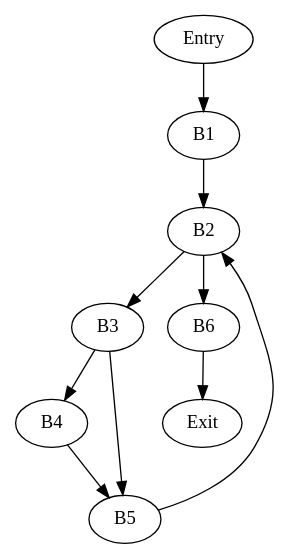
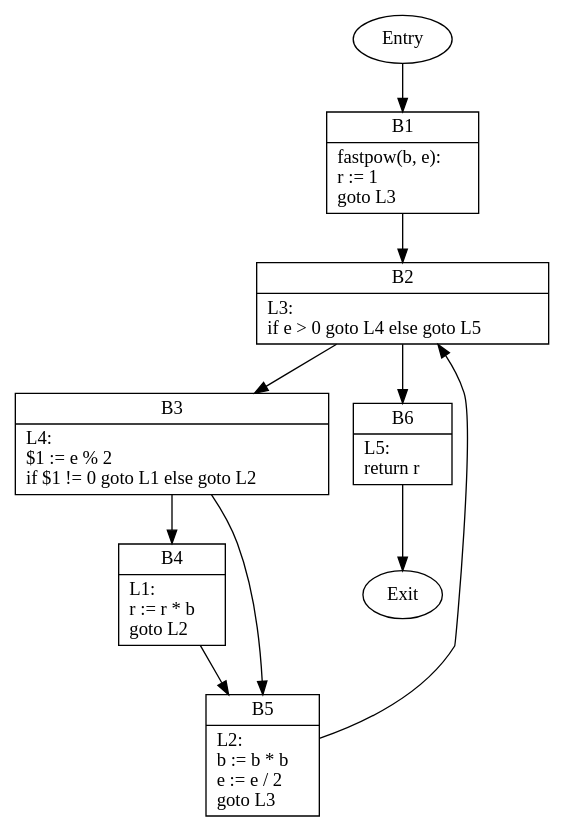
One commit to aprell/compiler-potpourri changed the diagram in control_flow/analysis/examples/fastpow_cfg.dot. Above: the diagram before and after it, drawn with Graphviz. The commit also changed 21 other files, not shown here.

```diff
--- a/control_flow/analysis/examples/fastpow_cfg.dot
+++ b/control_flow/analysis/examples/fastpow_cfg.dot
@@ -1,11 +1,17 @@
 digraph CFG {
+    B1 [shape=record label="{B1|fastpow(b, e):\lr := 1\lgoto L3\l}"];
+    B2 [shape=record label="{B2|L3:\lif e \> 0 goto L4 else goto L5\l}"];
+    B3 [shape=record label="{B3|L4:\l$1 := e % 2\lif $1 != 0 goto L1 else goto L2\l}"];
+    B4 [shape=record label="{B4|L1:\lr := r * b\lgoto L2\l}"];
+    B5 [shape=record label="{B5|L2:\lb := b * b\le := e / 2\lgoto L3\l}"];
+    B6 [shape=record label="{B6|L5:\lreturn r\l}"];
     Entry -> B1;
     B1 -> B2;
     B2 -> B3;
     B2 -> B6;
     B3 -> B4;
     B3 -> B5;
     B4 -> B5;
     B5 -> B2;
     B6 -> Exit;
 }
```
